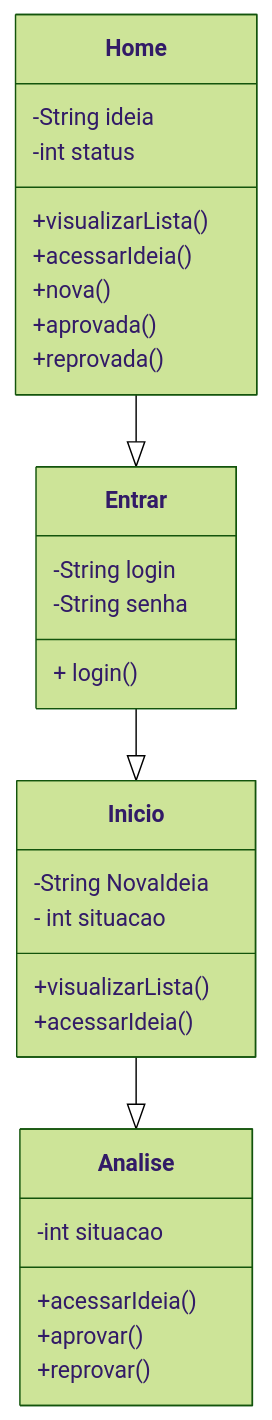
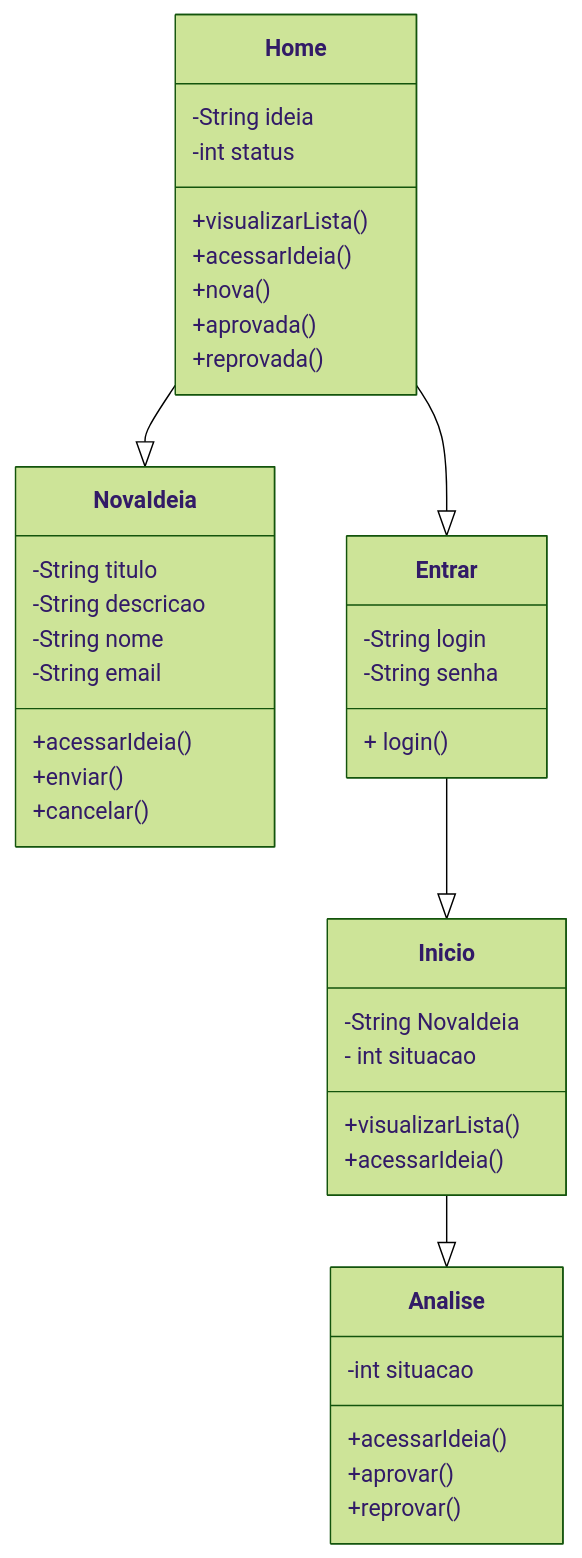
The second of 2 diagrams in backend/README.md (dani-marioti/Portfolio), drawn with Mermaid (forest theme) before and after one commit. The commit also changed other lines of this file, not shown here.

````diff
--- a/backend/README.md
+++ b/backend/README.md
@@ -56,37 +56,50 @@
-   ```mermaid
-   classDiagram
+ ```mermaid
+ classDiagram
+    Home --|> NovaIdeia
     Home --|> Entrar
     Entrar --|> Inicio
     Inicio --|>  Analise
     Home : -String ideia
     Home : -int status
+    NovaIdeia : -String titulo
+    NovaIdeia : -String descricao
+    NovaIdeia : -String nome
+    NovaIdeia : -String email
     Entrar : -String login
     Entrar : -String senha
     Analise: -int situacao
 
     class Entrar{
         + login()
     }
 
     class Home{
         +visualizarLista()
         +acessarIdeia()
         +nova()
         +aprovada()
         +reprovada()
     }
 
     class Inicio{
         -String NovaIdeia
         - int situacao
         +visualizarLista()
         +acessarIdeia()
 
     }
 
+    class NovaIdeia{
+        +acessarIdeia()
+        +enviar()
+        +cancelar()
+    }
+
     class Analise{
         +acessarIdeia()
         +aprovar()
         +reprovar()
     }
+
+            
    ```
````
